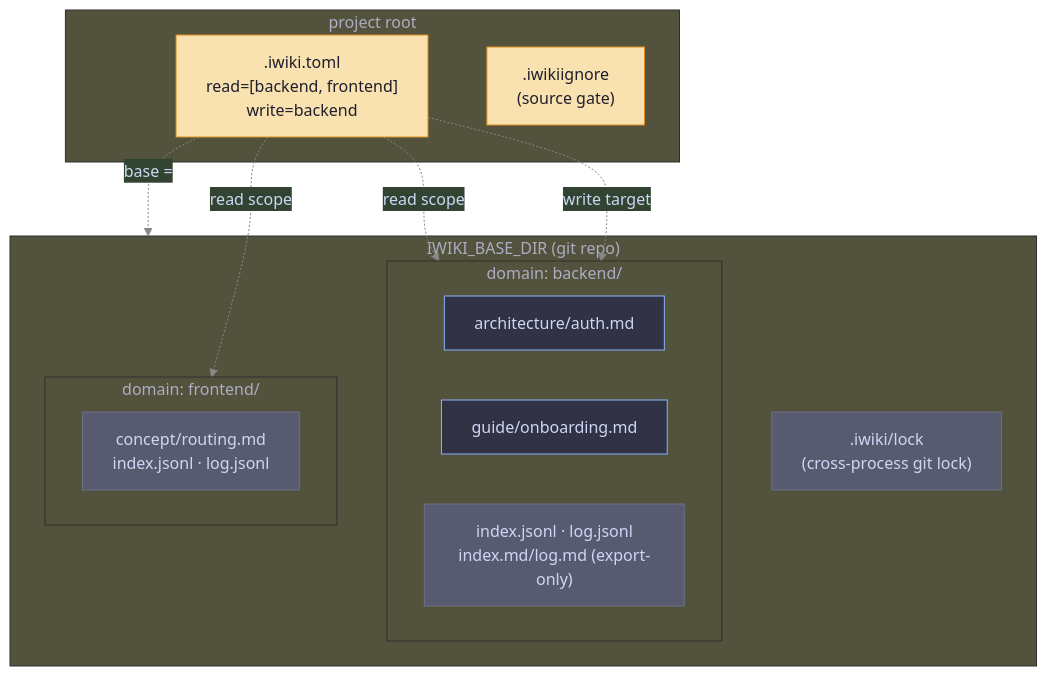
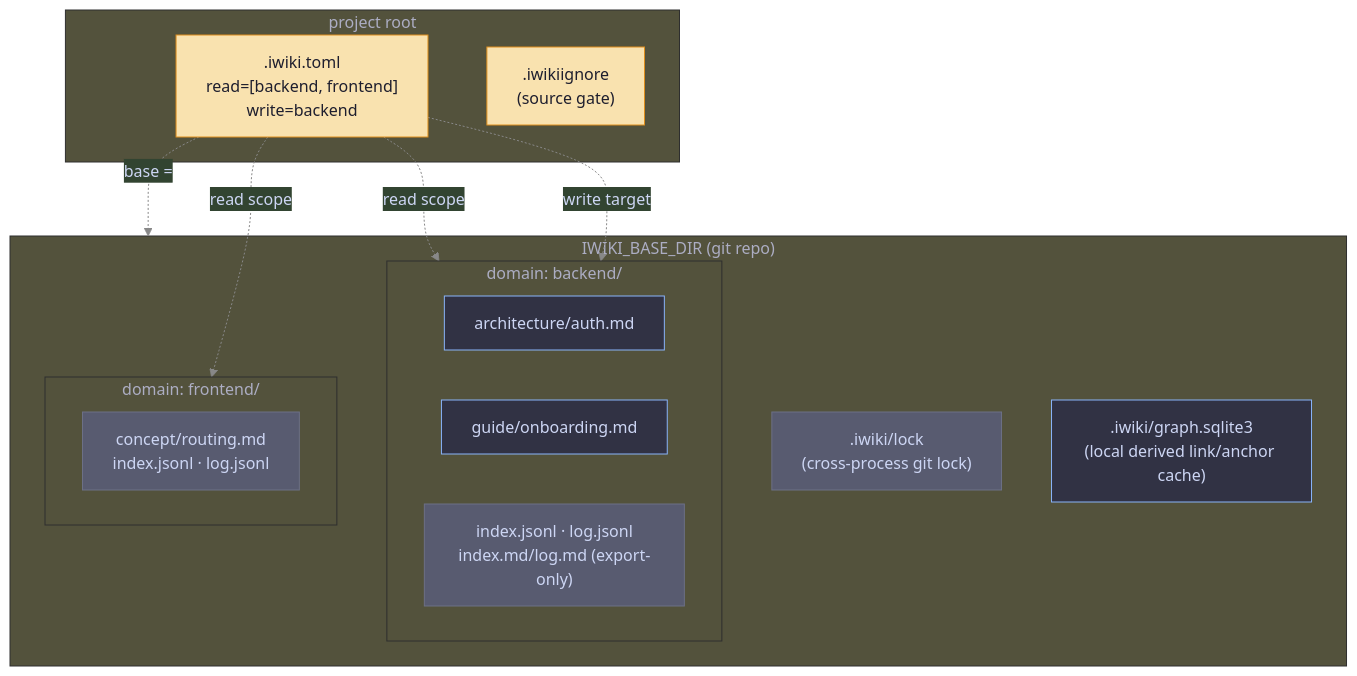
The fifth of 21 diagrams in docs/architecture.md (ikeniborn/iwiki-mcp), drawn with Mermaid before and after one commit. The commit also changed other lines of this file and 10 other files, not shown here.

Commit message:
docs: document SQLite graph retrieval

````diff
--- a/docs/architecture.md
+++ b/docs/architecture.md
@@ -149,31 +151,32 @@
 ```mermaid
 %%{init: {'theme': 'base', 'themeVariables': {'background': '#1e1e2e', 'primaryColor': '#313244', 'primaryTextColor': '#cdd6f4', 'primaryBorderColor': '#89b4fa', 'lineColor': '#888888'}}}%%
 flowchart TB
     subgraph baserepo["IWIKI_BASE_DIR (git repo)"]
         meta[".iwiki/lock<br/>(cross-process git lock)"]
+        graphdb[".iwiki/graph.sqlite3<br/>(local derived link/anchor cache)"]
         subgraph d1["domain: backend/"]
             b_arch["architecture/auth.md"]
             b_guide["guide/onboarding.md"]
             b_gen["index.jsonl · log.jsonl<br/>index.md/log.md (export-only)"]
         end
         subgraph d2["domain: frontend/"]
             f_all["concept/routing.md<br/>index.jsonl · log.jsonl"]
         end
     end
 
     subgraph proj["project root"]
         toml[".iwiki.toml<br/>read=[backend, frontend]<br/>write=backend"]
         iwignore[".iwikiignore<br/>(source gate)"]
     end
 
     toml -.->|"base ="| baserepo
     toml -.->|"read scope"| d1
     toml -.->|"read scope"| d2
     toml -.->|"write target"| d1
 
     classDef dom fill:#89b4fa,color:#1e1e2e,stroke:#74c7ec
     classDef gen fill:#585b70,color:#cdd6f4,stroke:#6c7086
     classDef cfg fill:#f9e2af,color:#1e1e2e,stroke:#df8e1d
     class b_gen,f_all,meta gen
     class toml,iwignore cfg
 ```
````
